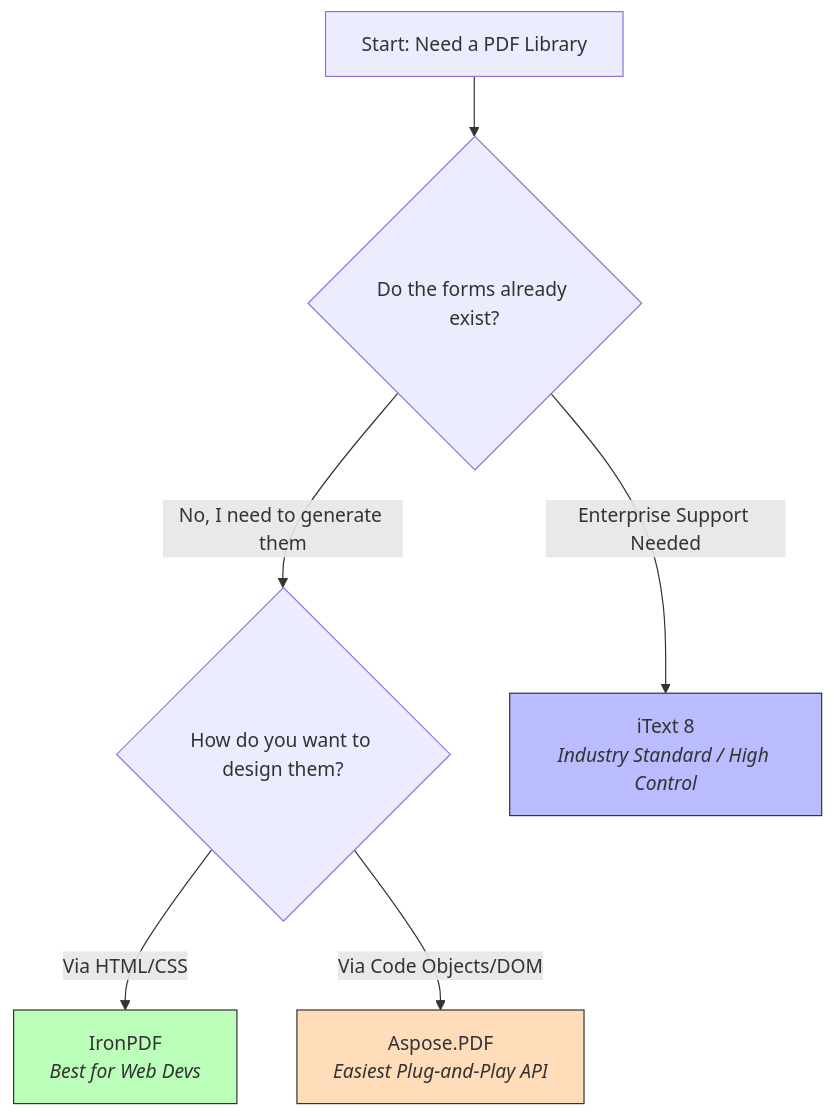
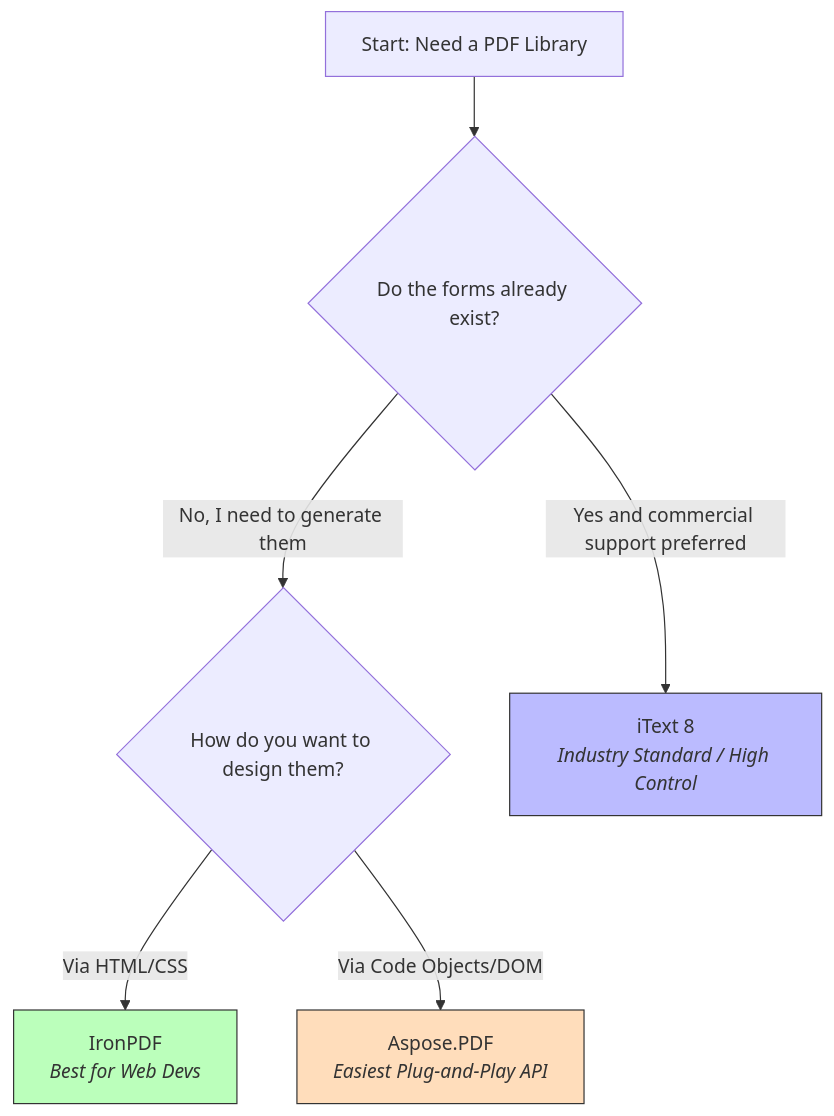
The diagram in ChoosingAPDFRenderer.md (alf-wchong/SER-Doxis-CSB-Helper), drawn with Mermaid before and after one commit.

Commit message:
Update decision node for PDF library selection

````diff
--- a/ChoosingAPDFRenderer.md
+++ b/ChoosingAPDFRenderer.md
@@ -10,12 +10,12 @@
 ```mermaid
 flowchart TB
     Start["Start: Need a PDF Library"] --> Q1{"Do the forms already exist?"}
     Q1 -- No, I need to generate them --> Q3{"How do you want to design them?"}
     Q3 -- Via HTML/CSS --> Iron["IronPDF<br><i>Best for Web Devs</i>"]
     Q3 -- Via Code Objects/DOM --> Aspose["Aspose.PDF<br><i>Easiest Plug-and-Play API</i>"]
-    Q1 -- Enterprise Support Needed --> iText["iText 8<br><i>Industry Standard / High Control</i>"]
+    Q1 -- Yes and commercial support preferred --> iText["iText 8<br><i>Industry Standard / High Control</i>"]
     
     style Iron fill:#bfb,stroke:#333
     style Aspose fill:#fdb,stroke:#333
     style iText fill:#bbf,stroke:#333
 ```
````
